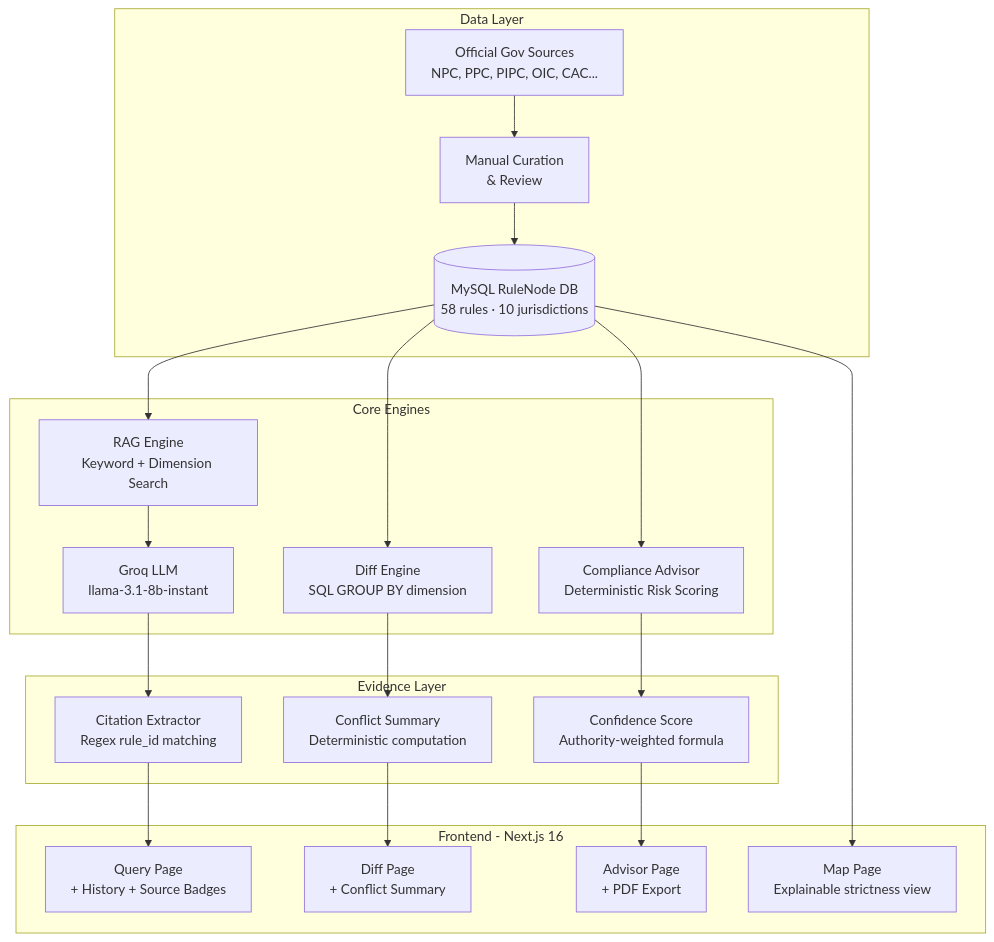
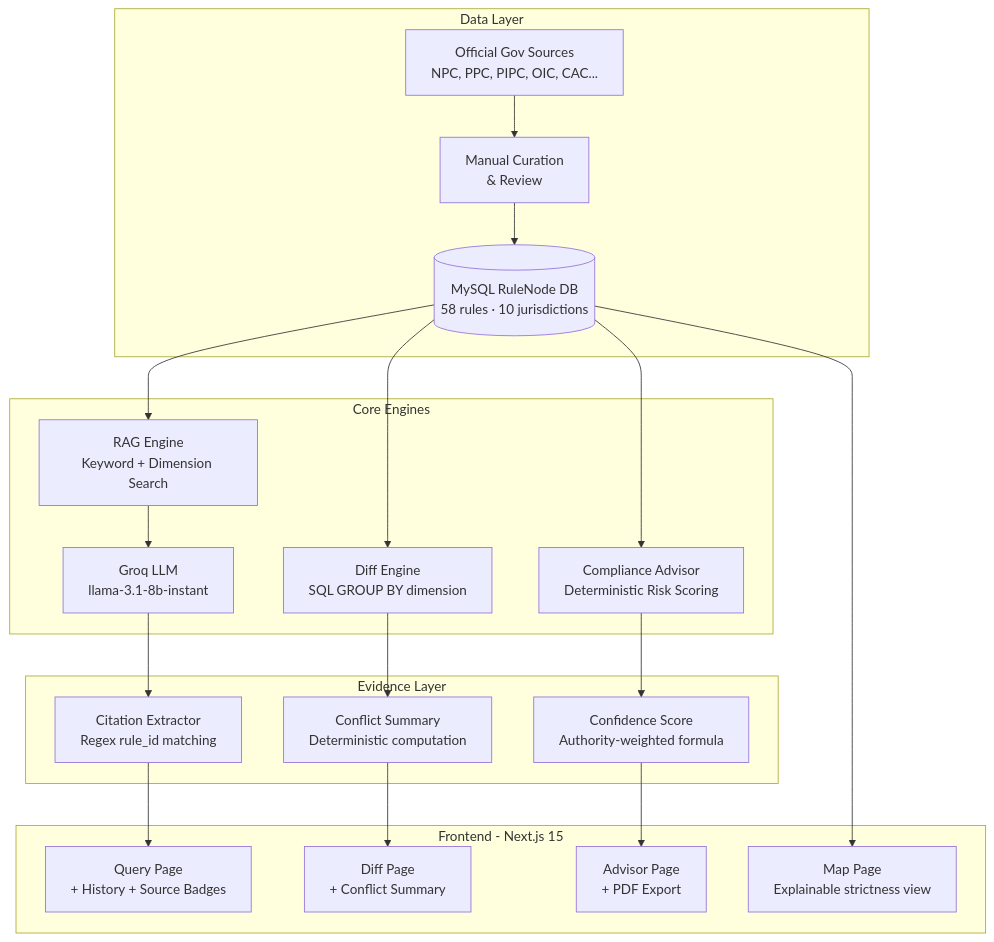
Before and after one commit to tinystrack/regulink-asia: the diagram in README.md, drawn with Mermaid. The commit also changed other lines of this file and 1 other file, not shown here.

Commit message:
refine: methodology, confidence warning 60%, positioning, quality over quantity

````diff
--- a/README.md
+++ b/README.md
@@ -39,27 +39,27 @@
 ```mermaid
 graph TB
     subgraph "Data Layer"
         A[Official Gov Sources\nNPC, PPC, PIPC, OIC, CAC...] --> B[Manual Curation\n& Review]
         B --> C[(MySQL RuleNode DB\n58 rules · 10 jurisdictions)]
     end
 
     subgraph "Core Engines"
         C --> D[RAG Engine\nKeyword + Dimension Search]
         C --> E[Diff Engine\nSQL GROUP BY dimension]
         C --> F[Compliance Advisor\nDeterministic Risk Scoring]
         D --> G[Groq LLM\nllama-3.1-8b-instant]
     end
 
     subgraph "Evidence Layer"
         G --> H[Citation Extractor\nRegex rule_id matching]
         E --> I[Conflict Summary\nDeterministic computation]
         F --> J[Confidence Score\nAuthority-weighted formula]
     end
 
-    subgraph "Frontend - Next.js 16"
+    subgraph "Frontend - Next.js 15"
         H --> K[Query Page\n+ History + Source Badges]
         I --> L[Diff Page\n+ Conflict Summary]
         J --> M[Advisor Page\n+ PDF Export]
         C --> N[Map Page\nExplainable strictness view]
     end
 ```
````
